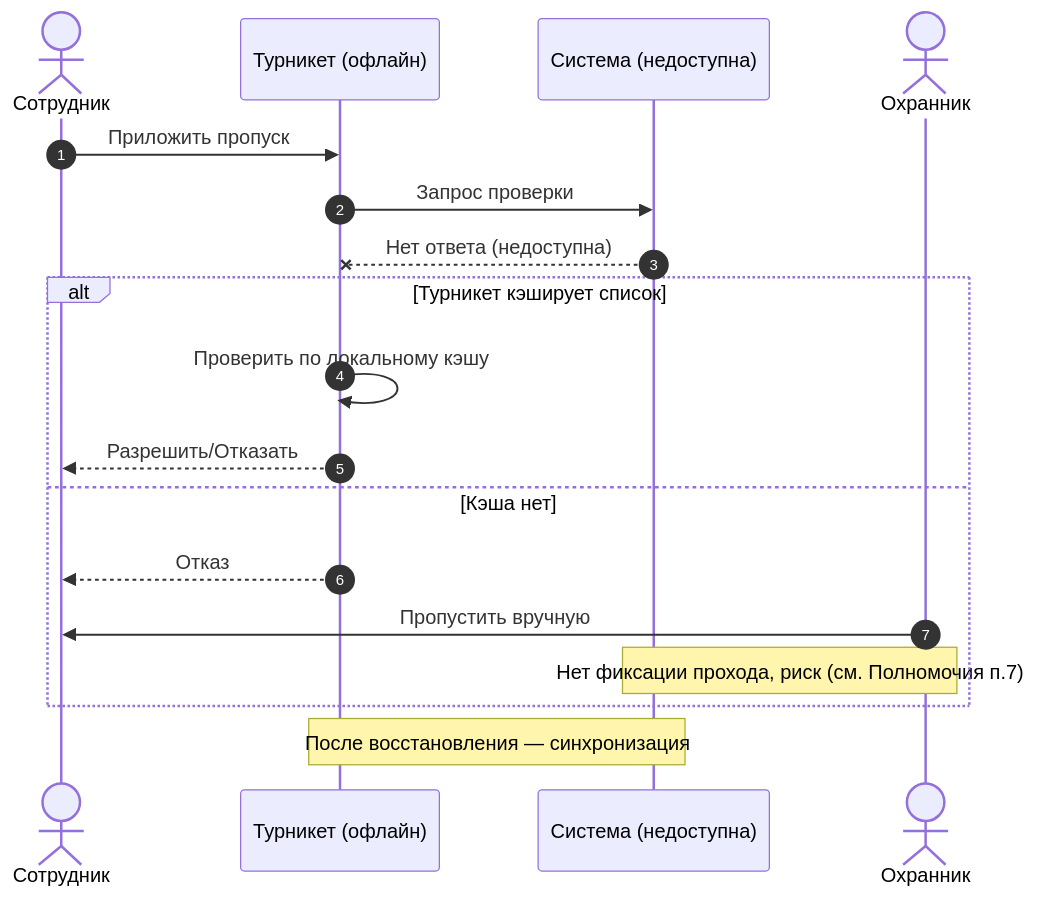
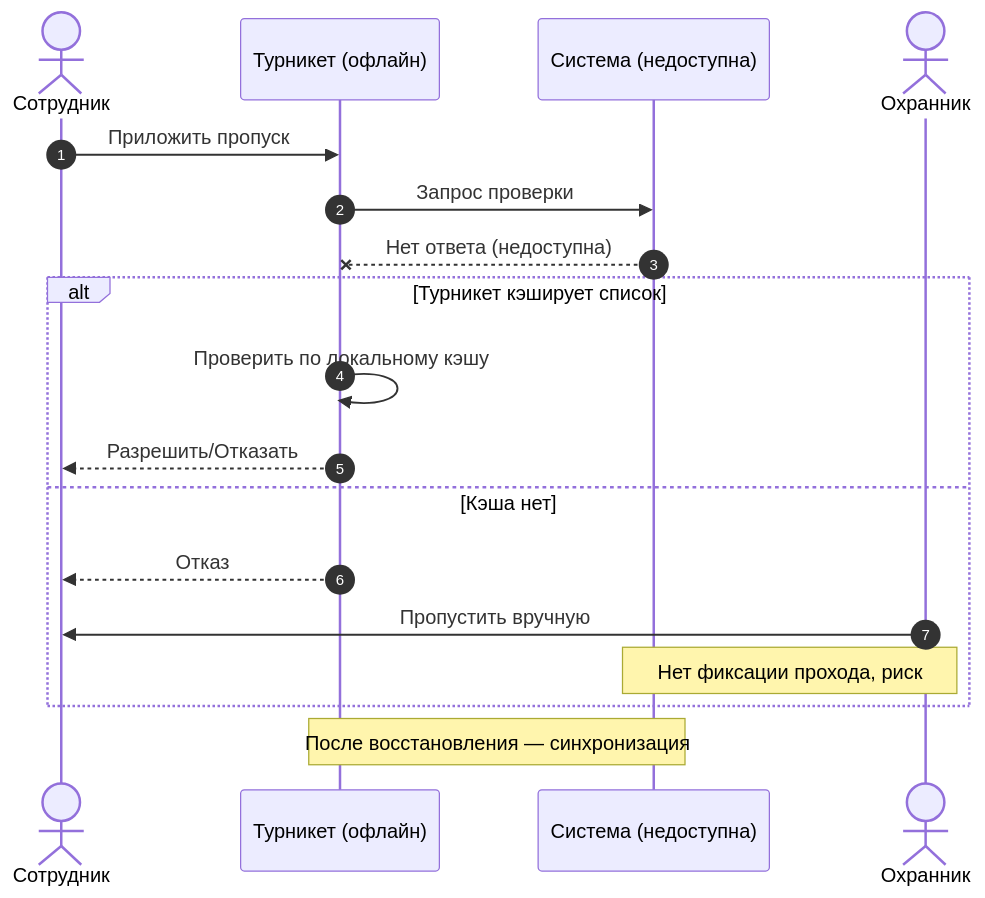
The ninth of 9 diagrams in Диаграммы_последовательности.md (lokiertyert/hz), drawn with Mermaid before and after one commit. The commit also changed other lines of this file, not shown here.

Commit message:
Убраны ссылки на номера полномочий из пояснений на диаграммах

````diff
--- a/Диаграммы_последовательности.md
+++ b/Диаграммы_последовательности.md
@@ -207,21 +207,21 @@
 ```mermaid
 sequenceDiagram
     autonumber
     actor E as Сотрудник
     participant T as Турникет (офлайн)
     participant S as Система (недоступна)
     actor G as Охранник
 
     E->>T: Приложить пропуск
     T->>S: Запрос проверки
     S--xT: Нет ответа (недоступна)
     alt Турникет кэширует список
         T->>T: Проверить по локальному кэшу
         T-->>E: Разрешить/Отказать
     else Кэша нет
         T-->>E: Отказ
         G->>E: Пропустить вручную
-        Note over G,S: Нет фиксации прохода, риск (см. Полномочия п.7)
+        Note over G,S: Нет фиксации прохода, риск
     end
     Note over T,S: После восстановления — синхронизация
 ```
````
